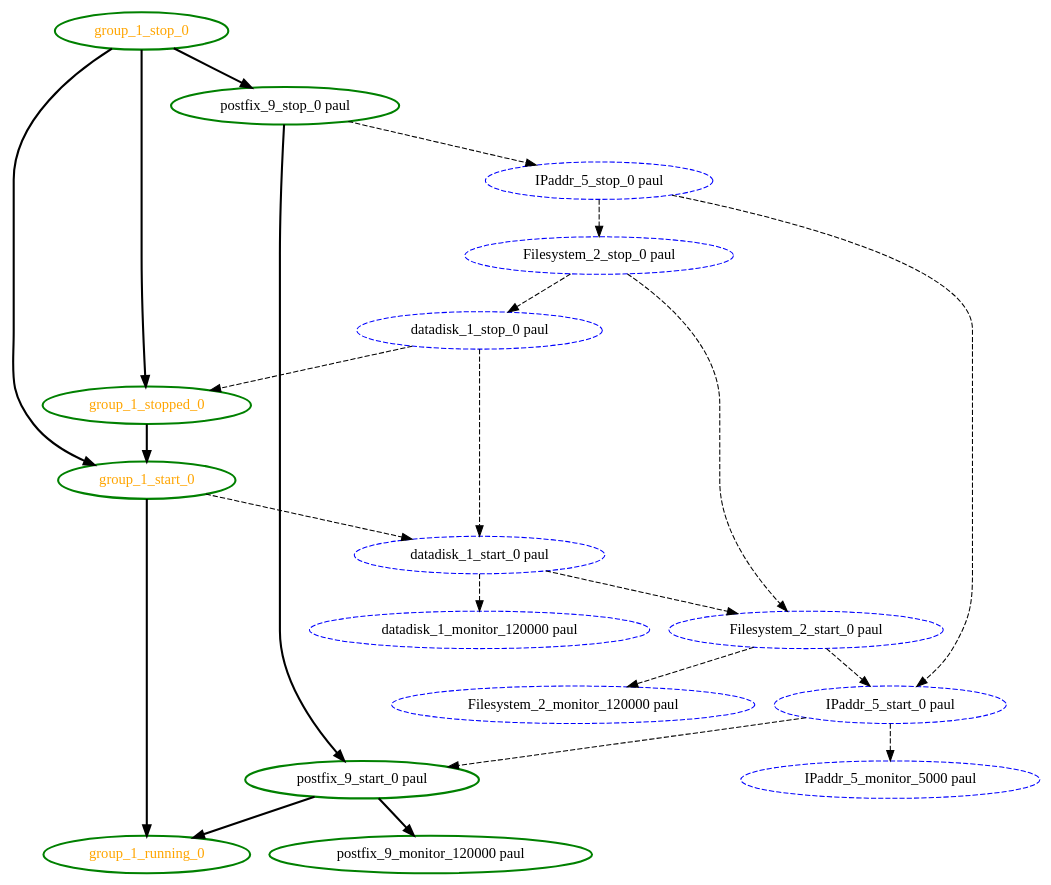
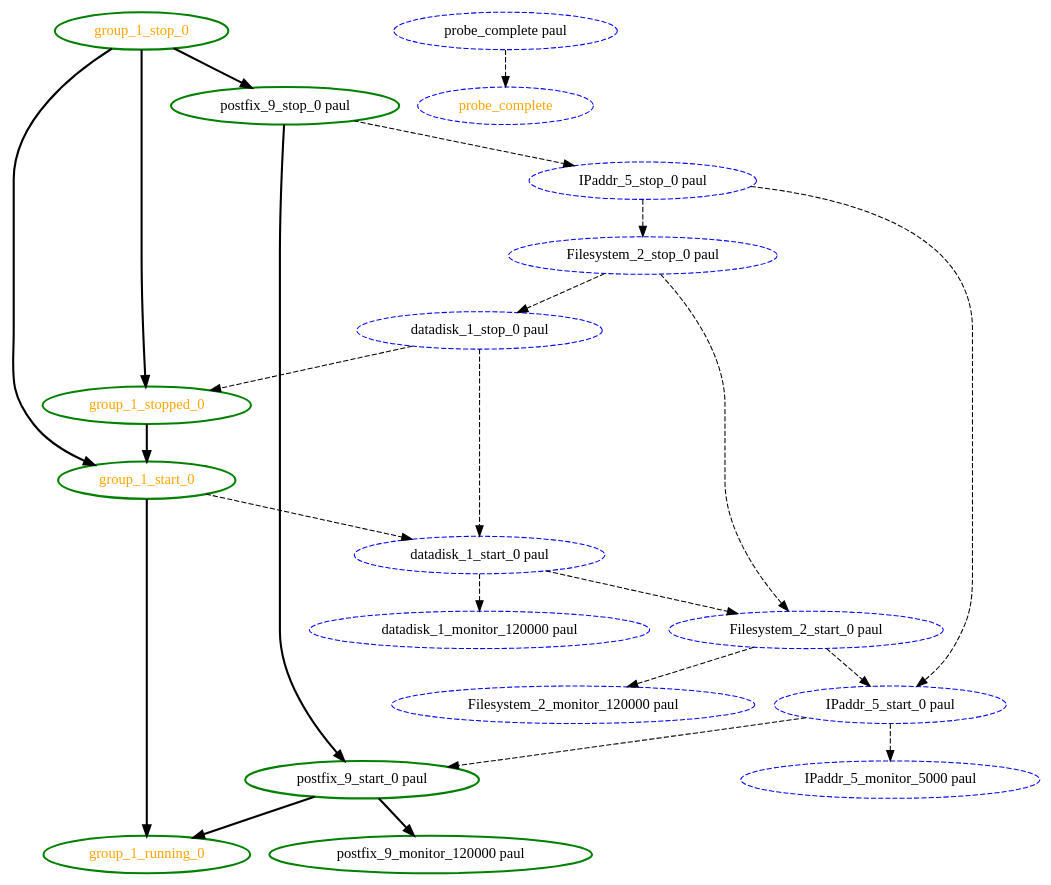
The diagram in crm/pengine/testcases/994.dot (richiewen8/heartbeat), drawn with Graphviz before and after one commit. The commit also changed 93 other files, not shown here.

```diff
--- a/crm/pengine/testcases/994.dot
+++ b/crm/pengine/testcases/994.dot
@@ -1,41 +1,44 @@
 digraph "g" {
 	size = "30,30"
 "Filesystem_2_monitor_120000 paul" [ style="dashed" color="blue" fontcolor="black" ]
 "postfix_9_monitor_120000 paul" [ style=bold color="green" fontcolor="black" ]
 "postfix_9_stop_0 paul" [ style=bold color="green" fontcolor="black" ]
 "datadisk_1_monitor_120000 paul" [ style="dashed" color="blue" fontcolor="black" ]
 "IPaddr_5_monitor_5000 paul" [ style="dashed" color="blue" fontcolor="black" ]
+"probe_complete" [ style="dashed" color="blue" fontcolor="orange" ]
+"probe_complete paul" [ style="dashed" color="blue" fontcolor="black" ]
 "datadisk_1_stop_0 paul" [ style="dashed" color="blue" fontcolor="black" ]
 "datadisk_1_start_0 paul" [ style="dashed" color="blue" fontcolor="black" ]
 "Filesystem_2_stop_0 paul" [ style="dashed" color="blue" fontcolor="black" ]
 "Filesystem_2_start_0 paul" [ style="dashed" color="blue" fontcolor="black" ]
 "IPaddr_5_stop_0 paul" [ style="dashed" color="blue" fontcolor="black" ]
 "IPaddr_5_start_0 paul" [ style="dashed" color="blue" fontcolor="black" ]
 "postfix_9_start_0 paul" [ style=bold color="green" fontcolor="black" ]
 "group_1_start_0" [ style=bold color="green" fontcolor="orange" ]
 "group_1_running_0" [ style=bold color="green" fontcolor="orange" ]
 "group_1_stop_0" [ style=bold color="green" fontcolor="orange" ]
 "group_1_stopped_0" [ style=bold color="green" fontcolor="orange" ]
 "Filesystem_2_start_0 paul" -> "Filesystem_2_monitor_120000 paul" [ style = dashed]
 "postfix_9_start_0 paul" -> "postfix_9_monitor_120000 paul" [ style = bold]
 "group_1_stop_0" -> "postfix_9_stop_0 paul" [ style = bold]
 "datadisk_1_start_0 paul" -> "datadisk_1_monitor_120000 paul" [ style = dashed]
 "IPaddr_5_start_0 paul" -> "IPaddr_5_monitor_5000 paul" [ style = dashed]
+"probe_complete paul" -> "probe_complete" [ style = dashed]
 "Filesystem_2_stop_0 paul" -> "datadisk_1_stop_0 paul" [ style = dashed]
 "datadisk_1_stop_0 paul" -> "datadisk_1_start_0 paul" [ style = dashed]
 "group_1_start_0" -> "datadisk_1_start_0 paul" [ style = dashed]
 "IPaddr_5_stop_0 paul" -> "Filesystem_2_stop_0 paul" [ style = dashed]
 "Filesystem_2_stop_0 paul" -> "Filesystem_2_start_0 paul" [ style = dashed]
 "datadisk_1_start_0 paul" -> "Filesystem_2_start_0 paul" [ style = dashed]
 "postfix_9_stop_0 paul" -> "IPaddr_5_stop_0 paul" [ style = dashed]
 "IPaddr_5_stop_0 paul" -> "IPaddr_5_start_0 paul" [ style = dashed]
 "Filesystem_2_start_0 paul" -> "IPaddr_5_start_0 paul" [ style = dashed]
 "postfix_9_stop_0 paul" -> "postfix_9_start_0 paul" [ style = bold]
 "IPaddr_5_start_0 paul" -> "postfix_9_start_0 paul" [ style = dashed]
 "group_1_stop_0" -> "group_1_start_0" [ style = bold]
 "group_1_stopped_0" -> "group_1_start_0" [ style = bold]
 "postfix_9_start_0 paul" -> "group_1_running_0" [ style = bold]
 "group_1_start_0" -> "group_1_running_0" [ style = bold]
 "datadisk_1_stop_0 paul" -> "group_1_stopped_0" [ style = dashed]
 "group_1_stop_0" -> "group_1_stopped_0" [ style = bold]
 }
```
